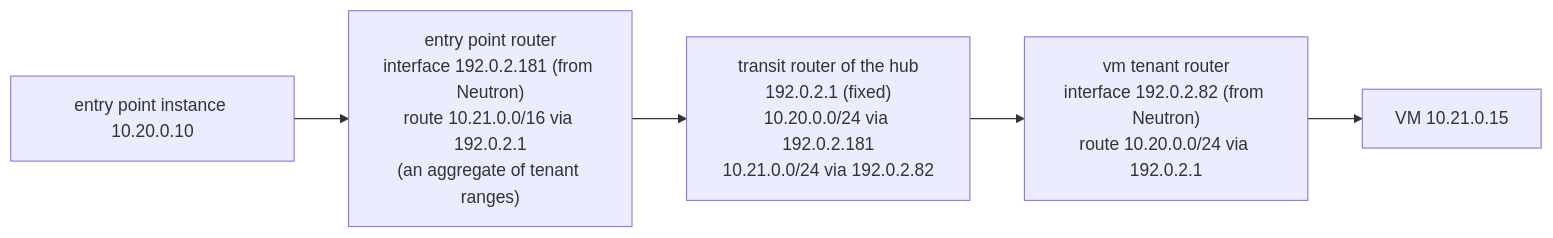
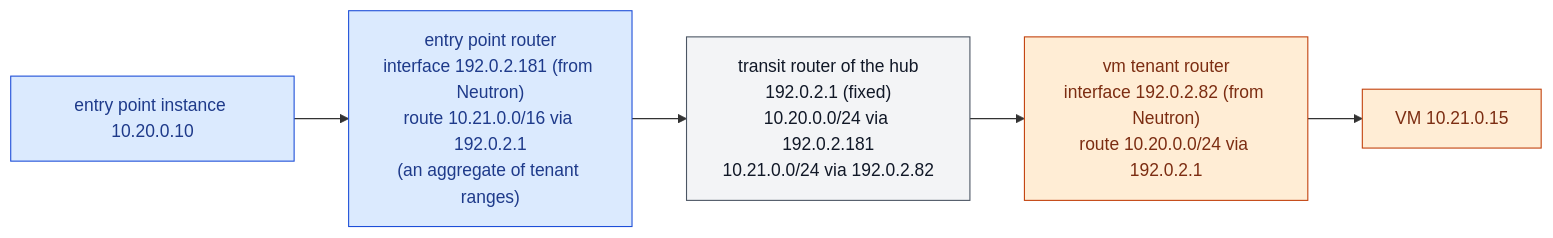
One commit to CyprisTech/openstack-multitenant-reference changed the second of 2 diagrams in docs/concepts/plane-attachment.md. Above: the diagram before and after it, drawn with Mermaid. The commit also changed other lines of this file and 17 other files, not shown here.

First line of the commit message:
Diagrams: tenants by exposure, one palette by role, compact diagrams

````diff
--- a/docs/concepts/plane-attachment.md
+++ b/docs/concepts/plane-attachment.md
@@ -37,7 +44,14 @@
 ```mermaid
 flowchart LR
     T["entry point instance 10.20.0.10"] --> RE["entry point router<br/>interface 192.0.2.181 (from Neutron)<br/>route 10.21.0.0/16 via 192.0.2.1<br/>(an aggregate of tenant ranges)"]
     RE --> TR["transit router of the hub<br/>192.0.2.1 (fixed)<br/>10.20.0.0/24 via 192.0.2.181<br/>10.21.0.0/24 via 192.0.2.82"]
     TR --> RW["vm tenant router<br/>interface 192.0.2.82 (from Neutron)<br/>route 10.20.0.0/24 via 192.0.2.1"]
     RW --> V["VM 10.21.0.15"]
+
+    classDef shared fill:#dbeafe,stroke:#1d4ed8,color:#1e3a8a
+    classDef tenant fill:#ffedd5,stroke:#c2410c,color:#7c2d12
+    classDef plane fill:#f3f4f6,stroke:#4b5563,color:#111827
+    class T,RE shared
+    class TR plane
+    class RW,V tenant
 ```
````
